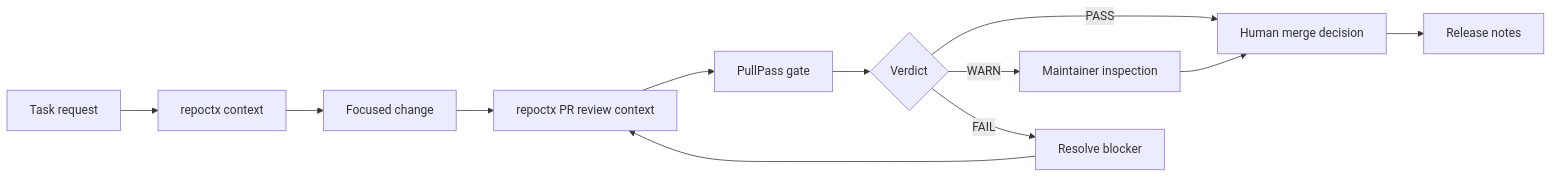
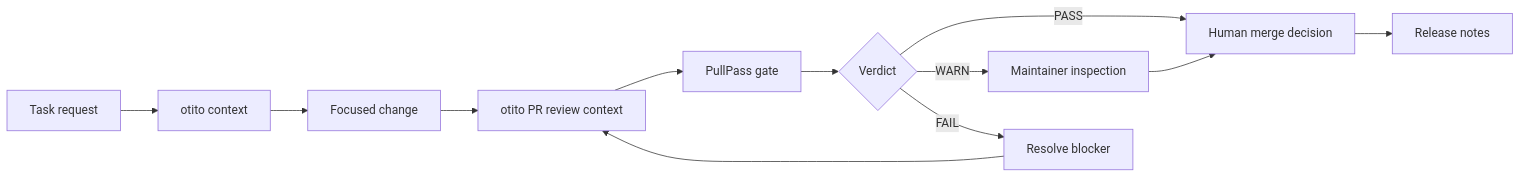
The diagram in docs/05-trust-layer-demo/README.md (BASHBOP/otito), drawn with Mermaid before and after one commit. The commit also changed other lines of this file and 125 other files, not shown here.

````diff
--- a/docs/05-trust-layer-demo/README.md
+++ b/docs/05-trust-layer-demo/README.md
@@ -136,14 +136,14 @@
 ```mermaid
 flowchart LR
-    A[Task request] --> B[repoctx context]
+    A[Task request] --> B[otito context]
     B --> C[Focused change]
-    C --> D[repoctx PR review context]
+    C --> D[otito PR review context]
     D --> E[PullPass gate]
     E --> F{Verdict}
     F -->|PASS| G[Human merge decision]
     F -->|WARN| H[Maintainer inspection]
     F -->|FAIL| I[Resolve blocker]
     H --> G
     I --> D
     G --> J[Release notes]
 ```
````
